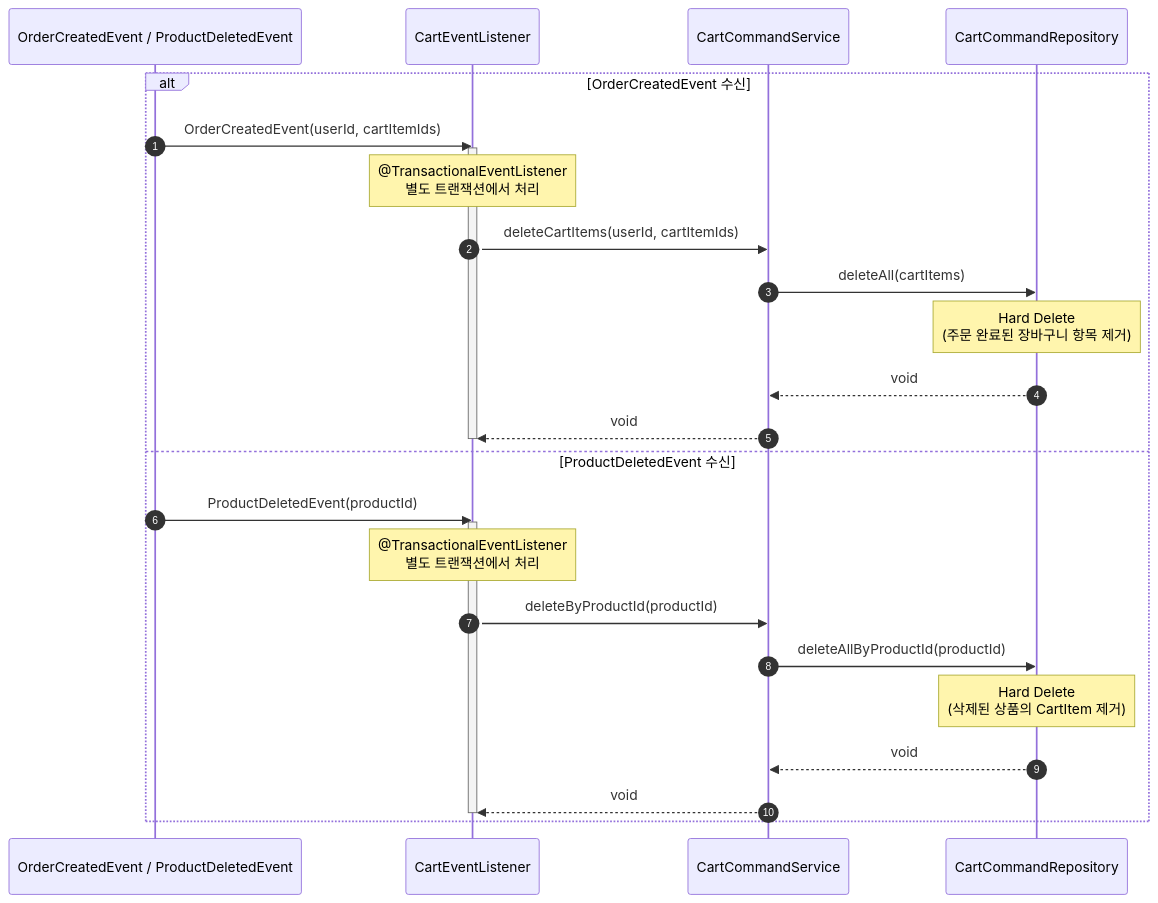
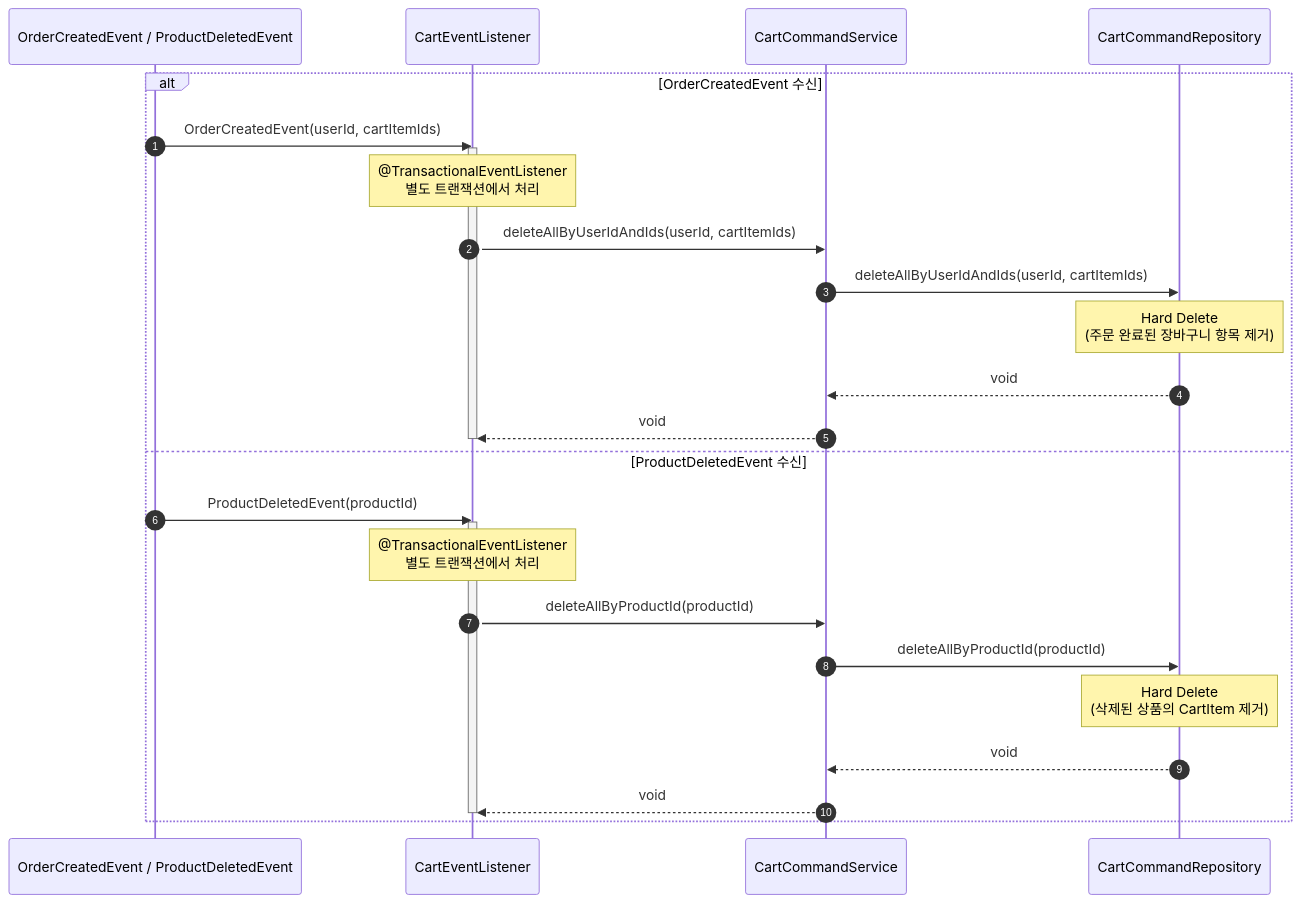
Before and after one commit to Hwan0518/loop-pack-be-l2-vol3-java: diagram 25 of 30 in docs/design/02-sequence-diagrams.md, drawn with Mermaid. The commit also changed other lines of this file and 13 other files, not shown here.

````diff
--- a/docs/design/02-sequence-diagrams.md
+++ b/docs/design/02-sequence-diagrams.md
@@ -1193,30 +1237,30 @@
 ```mermaid
 sequenceDiagram
     autonumber
     participant Event as OrderCreatedEvent / ProductDeletedEvent
     participant Listener as CartEventListener
     participant Service as CartCommandService
     participant Repository as CartCommandRepository
 
     alt OrderCreatedEvent 수신
         Event->>Listener: OrderCreatedEvent(userId, cartItemIds)
         activate Listener
         Note over Listener: @TransactionalEventListener<br/>별도 트랜잭션에서 처리
-        Listener->>Service: deleteCartItems(userId, cartItemIds)
-        Service->>Repository: deleteAll(cartItems)
+        Listener->>Service: deleteAllByUserIdAndIds(userId, cartItemIds)
+        Service->>Repository: deleteAllByUserIdAndIds(userId, cartItemIds)
         Note over Repository: Hard Delete<br/>(주문 완료된 장바구니 항목 제거)
         Repository-->>Service: void
         Service-->>Listener: void
         deactivate Listener
     else ProductDeletedEvent 수신
         Event->>Listener: ProductDeletedEvent(productId)
         activate Listener
         Note over Listener: @TransactionalEventListener<br/>별도 트랜잭션에서 처리
-        Listener->>Service: deleteByProductId(productId)
+        Listener->>Service: deleteAllByProductId(productId)
         Service->>Repository: deleteAllByProductId(productId)
         Note over Repository: Hard Delete<br/>(삭제된 상품의 CartItem 제거)
         Repository-->>Service: void
         Service-->>Listener: void
         deactivate Listener
     end
 ```
````
